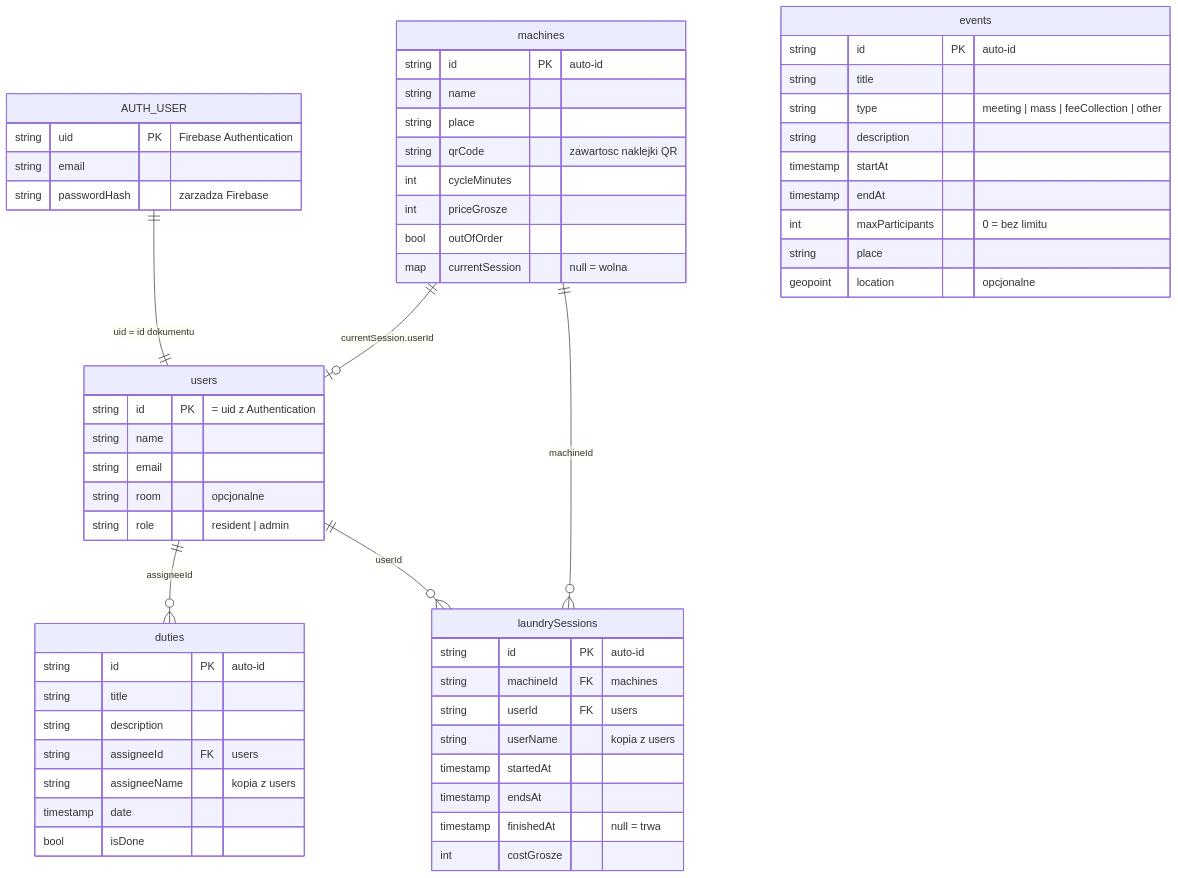
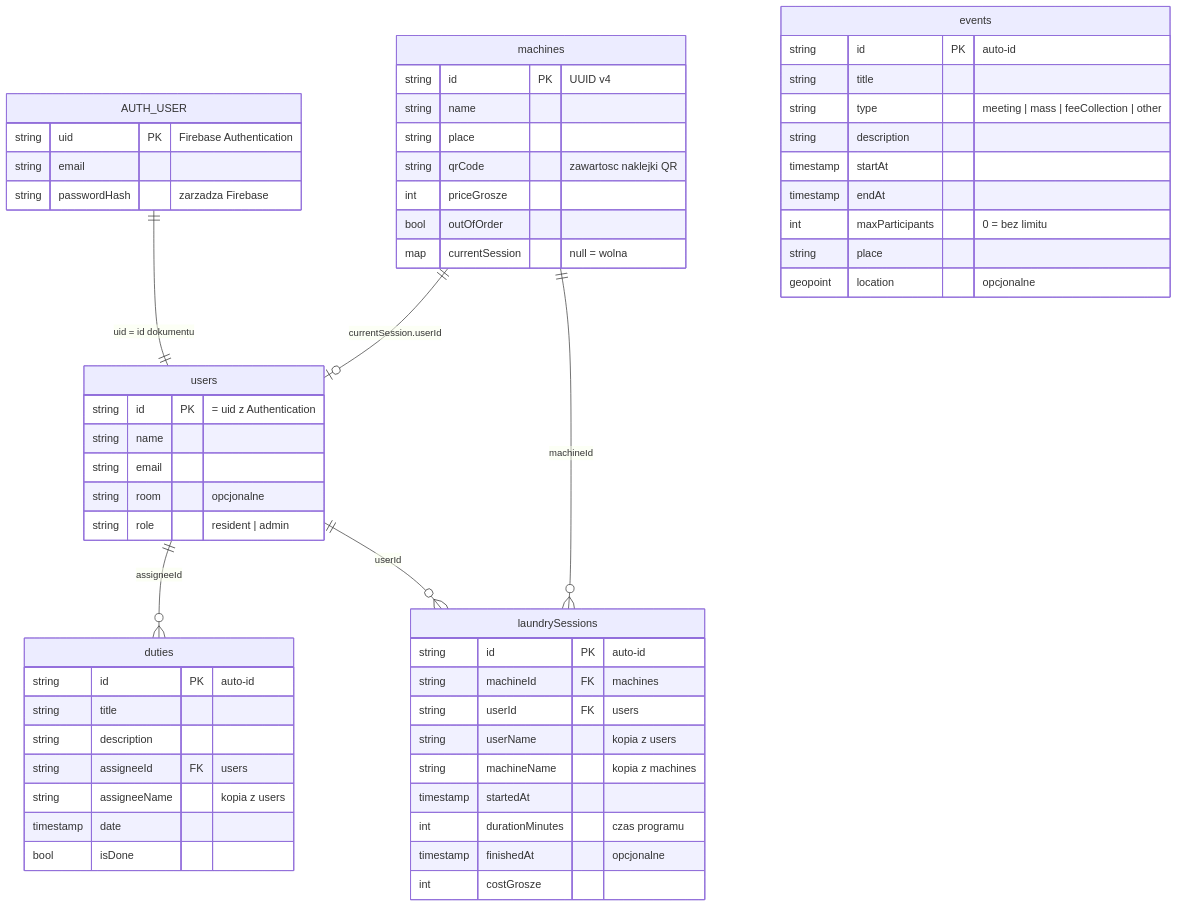
The diagram in docs/database.md (Mikosztyla/SystemyMobilne), drawn with Mermaid before and after one commit. The commit also changed other lines of this file and 33 other files, not shown here.

Commit message:
Machines working, auto login when app starts, notification to remind about free machine

````diff
--- a/docs/database.md
+++ b/docs/database.md
@@ -5,61 +5,61 @@
 ```mermaid
 erDiagram
     AUTH_USER ||--|| users : "uid = id dokumentu"
     users ||--o{ duties : "assigneeId"
     users ||--o{ laundrySessions : "userId"
     machines ||--o{ laundrySessions : "machineId"
     machines ||--o| users : "currentSession.userId"
 
     AUTH_USER {
         string uid PK "Firebase Authentication"
         string email
         string passwordHash "zarzadza Firebase"
     }
     users {
         string id PK "= uid z Authentication"
         string name
         string email
         string room "opcjonalne"
         string role "resident | admin"
     }
     events {
         string id PK "auto-id"
         string title
         string type "meeting | mass | feeCollection | other"
         string description
         timestamp startAt
         timestamp endAt
         int maxParticipants "0 = bez limitu"
         string place
         geopoint location "opcjonalne"
     }
     duties {
         string id PK "auto-id"
         string title
         string description
         string assigneeId FK "users"
         string assigneeName "kopia z users"
         timestamp date
         bool isDone
     }
     machines {
-        string id PK "auto-id"
+        string id PK "UUID v4"
         string name
         string place
         string qrCode "zawartosc naklejki QR"
-        int cycleMinutes
         int priceGrosze
         bool outOfOrder
         map currentSession "null = wolna"
     }
     laundrySessions {
         string id PK "auto-id"
         string machineId FK "machines"
         string userId FK "users"
         string userName "kopia z users"
+        string machineName "kopia z machines"
         timestamp startedAt
-        timestamp endsAt
-        timestamp finishedAt "null = trwa"
+        int durationMinutes "czas programu"
+        timestamp finishedAt "opcjonalne"
         int costGrosze
     }
 ```
````
